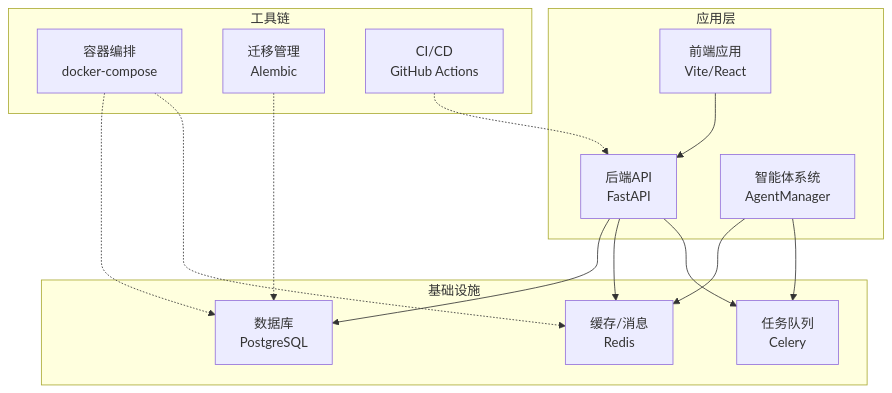
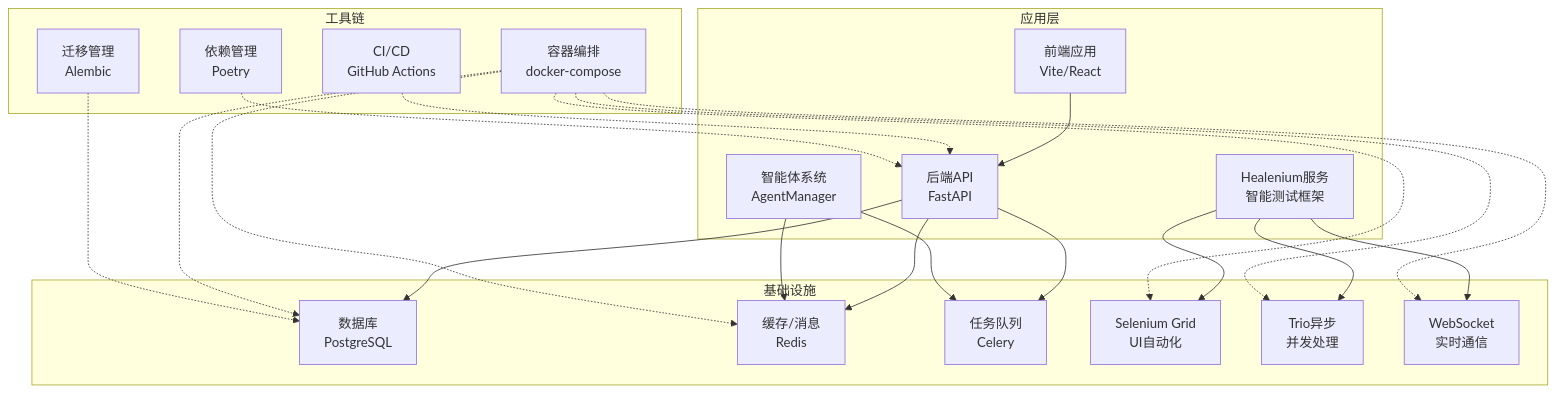
The first of 7 diagrams in .qoder/repowiki/zh/content/部署与运维/部署与运维.md (xfbyxq/ai-novel-system), drawn with Mermaid before and after one commit. The commit also changed other lines of this file and 23 other files, not shown here.

````diff
--- a/.qoder/repowiki/zh/content/部署与运维/部署与运维.md
+++ b/.qoder/repowiki/zh/content/部署与运维/部署与运维.md
@@ -52,28 +61,40 @@
 ```mermaid
 graph TB
 subgraph "应用层"
 FE["前端应用<br/>Vite/React"]
 BE["后端API<br/>FastAPI"]
 AG["智能体系统<br/>AgentManager"]
+HT["Healenium服务<br/>智能测试框架"]
 end
 subgraph "基础设施"
 PG["数据库<br/>PostgreSQL"]
 RD["缓存/消息<br/>Redis"]
 CW["任务队列<br/>Celery"]
+SE["Selenium Grid<br/>UI自动化"]
+TR["Trio异步<br/>并发处理"]
+WS["WebSocket<br/>实时通信"]
 end
 subgraph "工具链"
 DC["容器编排<br/>docker-compose"]
 AL["迁移管理<br/>Alembic"]
 GH["CI/CD<br/>GitHub Actions"]
+PY["依赖管理<br/>Poetry"]
 end
 FE --> BE
 BE --> PG
 BE --> RD
 BE --> CW
 AG --> RD
 AG --> CW
+HT --> SE
+HT --> TR
+HT --> WS
 DC -.-> PG
 DC -.-> RD
+DC -.-> SE
+DC -.-> TR
+DC -.-> WS
 AL -.-> PG
 GH -.-> BE
+PY -.-> BE
 ```
````
